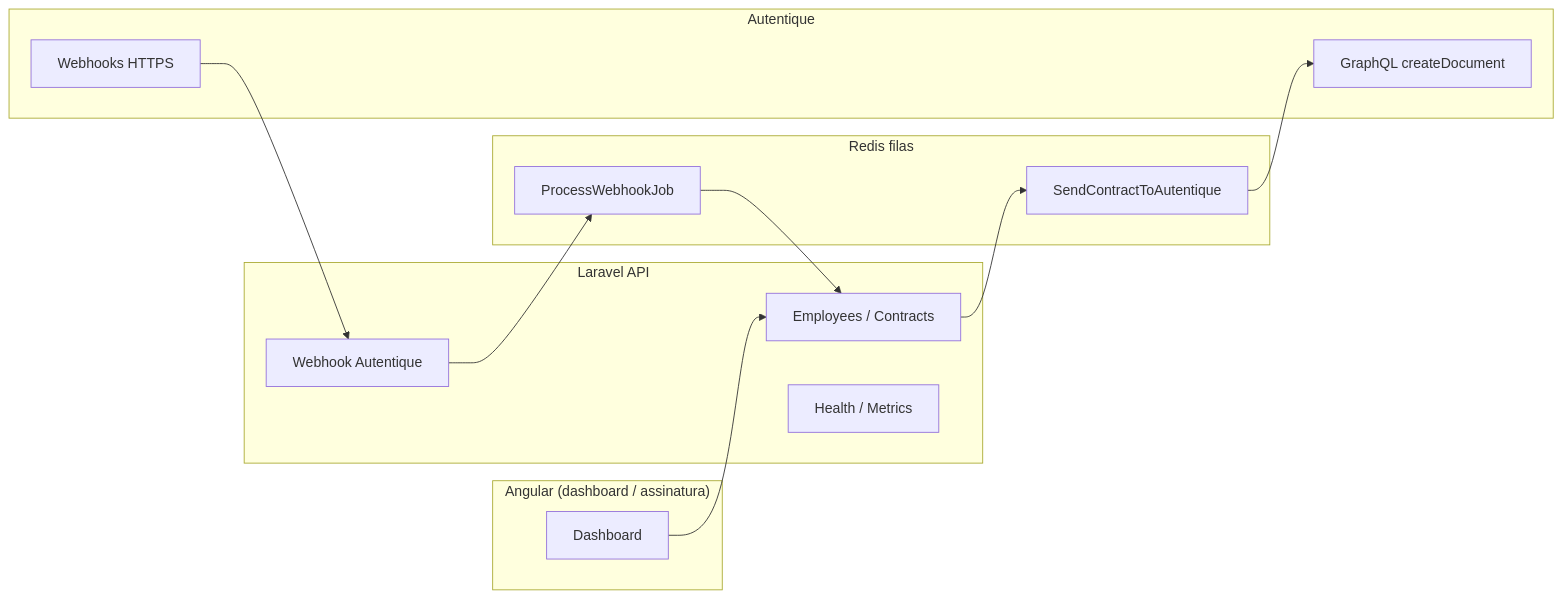
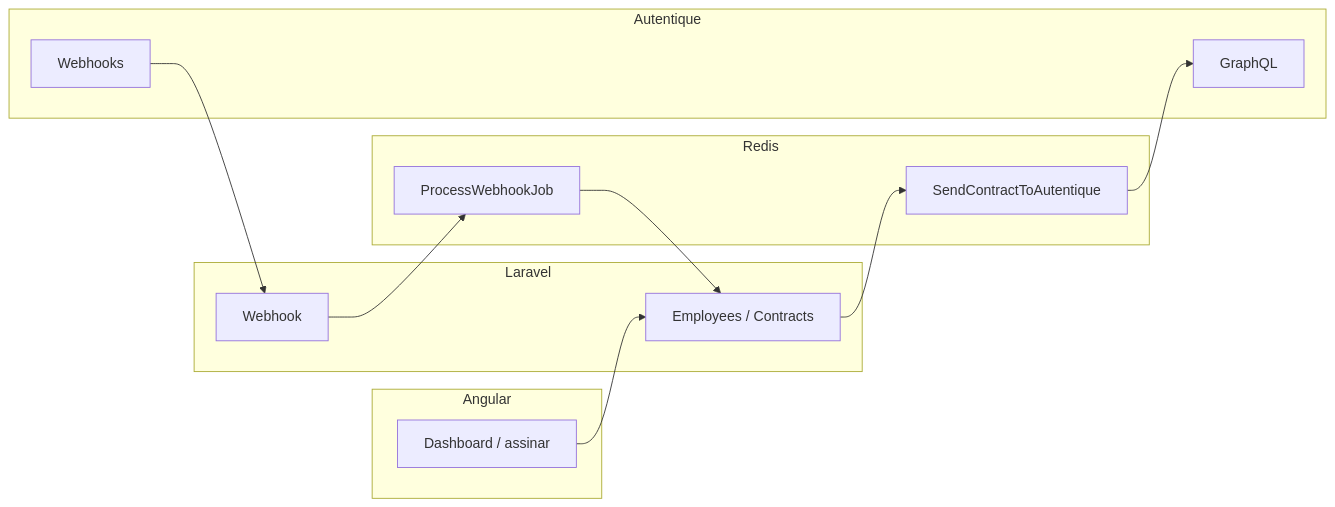
The diagram in README.md (MatheusWastchukk/SignRhFlow), drawn with Mermaid before and after one commit. The commit also changed other lines of this file and 27 other files, not shown here.

````diff
--- a/README.md
+++ b/README.md
@@ -34,25 +30,21 @@
 ```mermaid
 flowchart LR
-  subgraph UI["Angular (dashboard / assinatura)"]
-    D[Dashboard]
+  subgraph UI[Angular]
+    D[Dashboard / assinar]
   end
-  subgraph API["Laravel API"]
+  subgraph API[Laravel]
     E[Employees / Contracts]
-    H[Health / Metrics]
-    WH[Webhook Autentique]
+    WH[Webhook]
   end
-  subgraph Q["Redis filas"]
+  subgraph Q[Redis]
     J1[SendContractToAutentique]
     J2[ProcessWebhookJob]
   end
-  subgraph EXT["Autentique"]
-    G[GraphQL createDocument]
-    W[Webhooks HTTPS]
+  subgraph EXT[Autentique]
+    G[GraphQL]
+    W[Webhooks]
   end
   D --> E
-  E --> J1
-  J1 --> G
-  W --> WH
-  WH --> J2
-  J2 --> E
+  E --> J1 --> G
+  W --> WH --> J2 --> E
 ```
````
